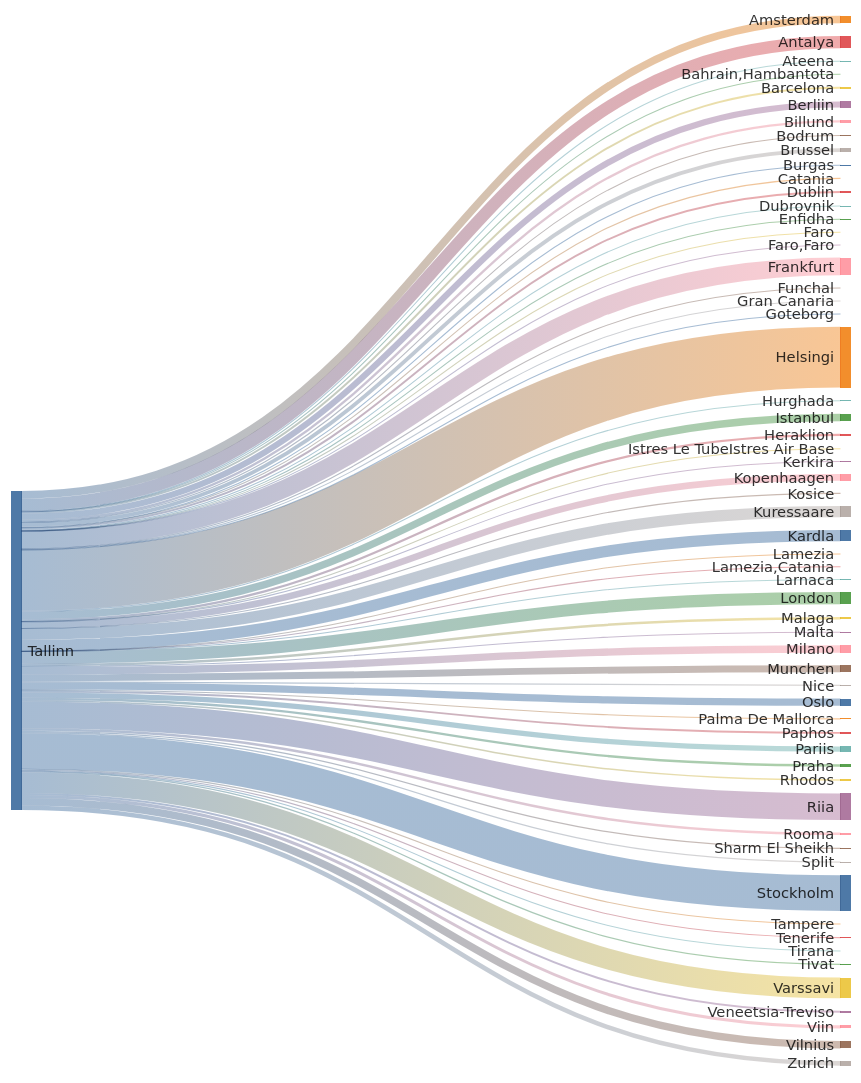
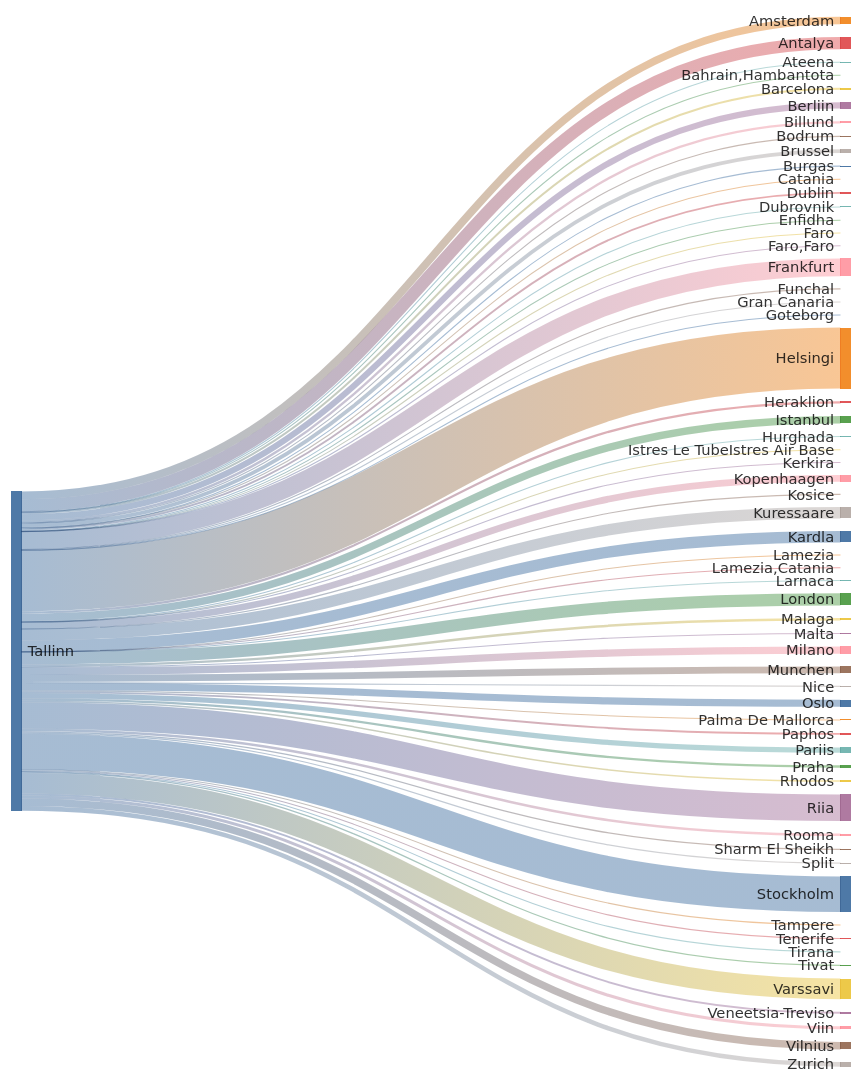
Before and after one commit to rainermesi/tll-airport-departures: the second of 2 diagrams in README.md, drawn with Mermaid. The commit also changed other lines of this file, not shown here.

````diff
--- a/README.md
+++ b/README.md
@@ -34,72 +34,72 @@
 ```mermaid
 ---
 config:
   sankey:
     showValues: false
     width: 800
     height: 1000
 ---
 sankey-beta
 %% source,target,value
-Tallinn,Amsterdam,159
+Tallinn,Amsterdam,160
 Tallinn,Antalya,254
 Tallinn,Ateena,16
 Tallinn,"Bahrain,Hambantota",1
-Tallinn,Barcelona,40
+Tallinn,Barcelona,41
 Tallinn,Berliin,128
 Tallinn,Billund,49
 Tallinn,Bodrum,11
 Tallinn,Brussel,79
 Tallinn,Burgas,21
 Tallinn,Catania,2
 Tallinn,Dublin,40
 Tallinn,Dubrovnik,21
 Tallinn,Enfidha,7
 Tallinn,Faro,4
 Tallinn,"Faro,Faro",1
-Tallinn,Frankfurt,366
+Tallinn,Frankfurt,368
 Tallinn,Funchal,5
 Tallinn,Gran Canaria,15
 Tallinn,Goteborg,1
-Tallinn,Helsingi,1259
+Tallinn,Helsingi,1268
 Tallinn,Heraklion,46
 Tallinn,Hurghada,21
-Tallinn,Istanbul,153
+Tallinn,Istanbul,154
 Tallinn,Istres Le TubeIstres Air Base,2
 Tallinn,Kerkira,4
-Tallinn,Kopenhaagen,137
+Tallinn,Kopenhaagen,138
 Tallinn,Kosice,1
-Tallinn,Kuressaare,235
-Tallinn,Kardla,235
+Tallinn,Kuressaare,237
+Tallinn,Kardla,237
 Tallinn,Lamezia,1
 Tallinn,"Lamezia,Catania",3
 Tallinn,Larnaca,4
-Tallinn,London,252
+Tallinn,London,254
 Tallinn,Malaga,51
 Tallinn,Malta,15
-Tallinn,Milano,153
-Tallinn,Munchen,142
+Tallinn,Milano,154
+Tallinn,Munchen,143
 Tallinn,Nice,25
 Tallinn,Oslo,149
 Tallinn,Palma De Mallorca,19
 Tallinn,Paphos,39
 Tallinn,Pariis,109
 Tallinn,Praha,49
 Tallinn,Rhodos,32
-Tallinn,Riia,549
+Tallinn,Riia,553
 Tallinn,Rooma,52
-Tallinn,Sharm El Sheikh,26
+Tallinn,Sharm El Sheikh,27
 Tallinn,Split,25
-Tallinn,Stockholm,738
+Tallinn,Stockholm,740
 Tallinn,Tampere,17
 Tallinn,Tenerife,22
 Tallinn,Tirana,8
 Tallinn,Tivat,26
-Tallinn,Varssavi,427
+Tallinn,Varssavi,430
 Tallinn,Veneetsia-Treviso,40
 Tallinn,Viin,63
-Tallinn,Vilnius,153
+Tallinn,Vilnius,155
 Tallinn,Zurich,96
 
 
 ```
````
